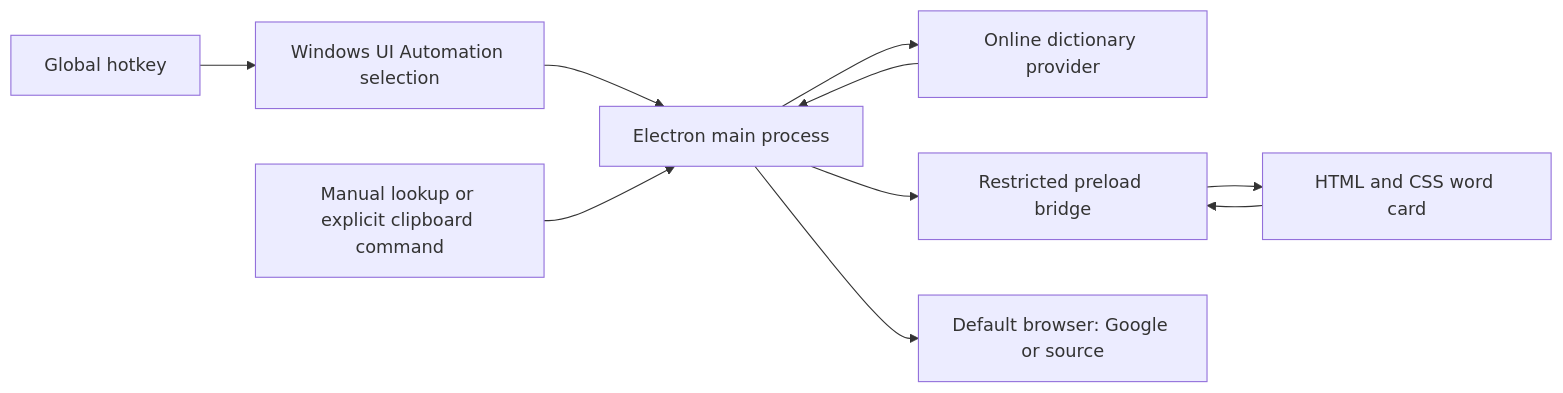
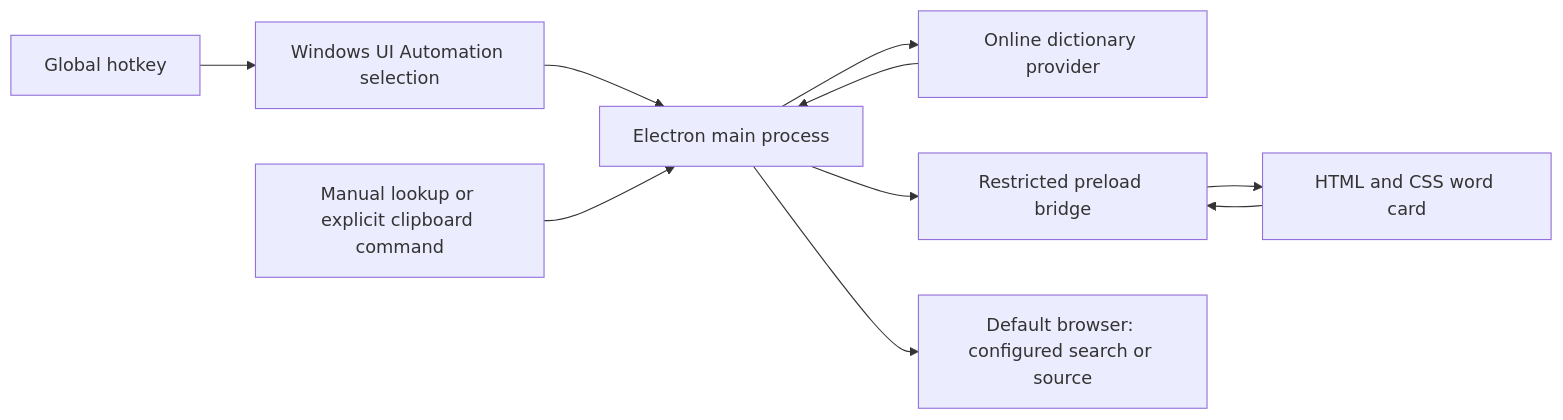
The diagram in docs/architecture.md (enaielei/wordpeek), drawn with Mermaid before and after one commit. The commit also changed other lines of this file and 46 other files, not shown here.

````diff
--- a/docs/architecture.md
+++ b/docs/architecture.md
@@ -5,12 +5,12 @@
 ```mermaid
 flowchart LR
   A[Global hotkey] --> B[Windows UI Automation selection]
   B --> C[Electron main process]
   D[Manual lookup or explicit clipboard command] --> C
   C --> E[Online dictionary provider]
   E --> C
   C --> F[Restricted preload bridge]
   F --> G[HTML and CSS word card]
   G --> F
-  C --> H[Default browser: Google or source]
+  C --> H[Default browser: configured search or source]
 ```
````
